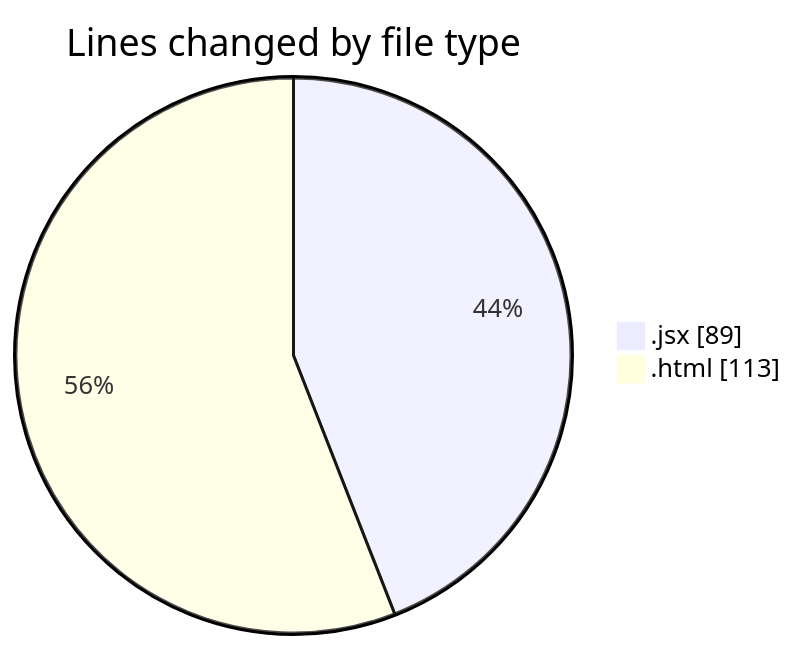
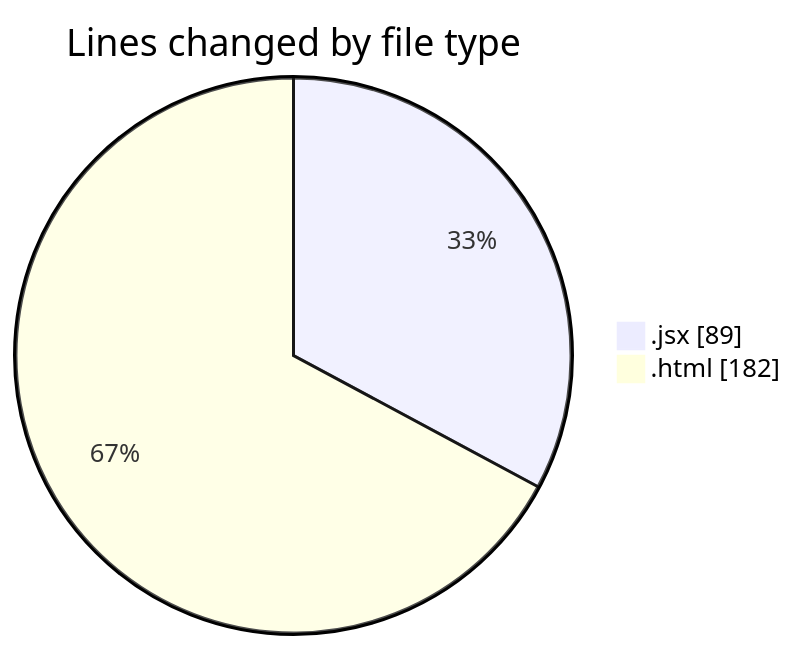
The first of 2 diagrams in 2025-02-28/chatgpt-blog/README.md (robertbonfada/code-tracking), drawn with Mermaid before and after one commit. The commit also changed other lines of this file and 1 other file, not shown here.

````diff
--- a/2025-02-28/chatgpt-blog/README.md
+++ b/2025-02-28/chatgpt-blog/README.md
@@ -21,6 +22,6 @@
 ```mermaid
 pie showData
 title Lines changed by file type
 ".jsx" : 89
-".html" : 113
+".html" : 182
 ```
````
